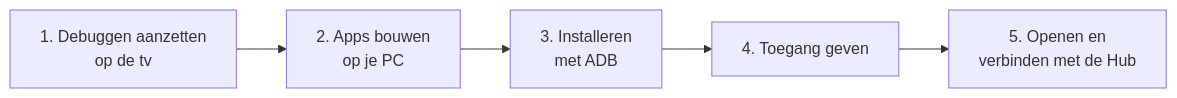
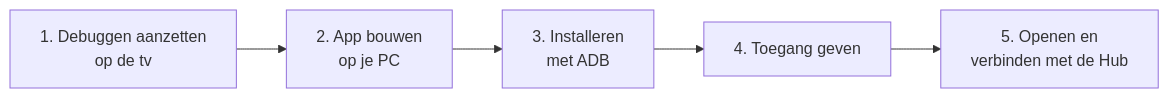
Before and after one commit to CodeAura/SpotiParty: the diagram in docs/android-tv/README.md, drawn with Mermaid. The commit also changed other lines of this file and 43 other files, not shown here.

````diff
--- a/docs/android-tv/README.md
+++ b/docs/android-tv/README.md
@@ -33,7 +34,7 @@
 ```mermaid
 flowchart LR
-    S1[1. Debuggen aanzetten<br/>op de tv] --> S2[2. Apps bouwen<br/>op je PC]
+    S1[1. Debuggen aanzetten<br/>op de tv] --> S2[2. App bouwen<br/>op je PC]
     S2 --> S3[3. Installeren<br/>met ADB]
     S3 --> S4[4. Toegang geven]
     S4 --> S5[5. Openen en<br/>verbinden met de Hub]
 ```
````
